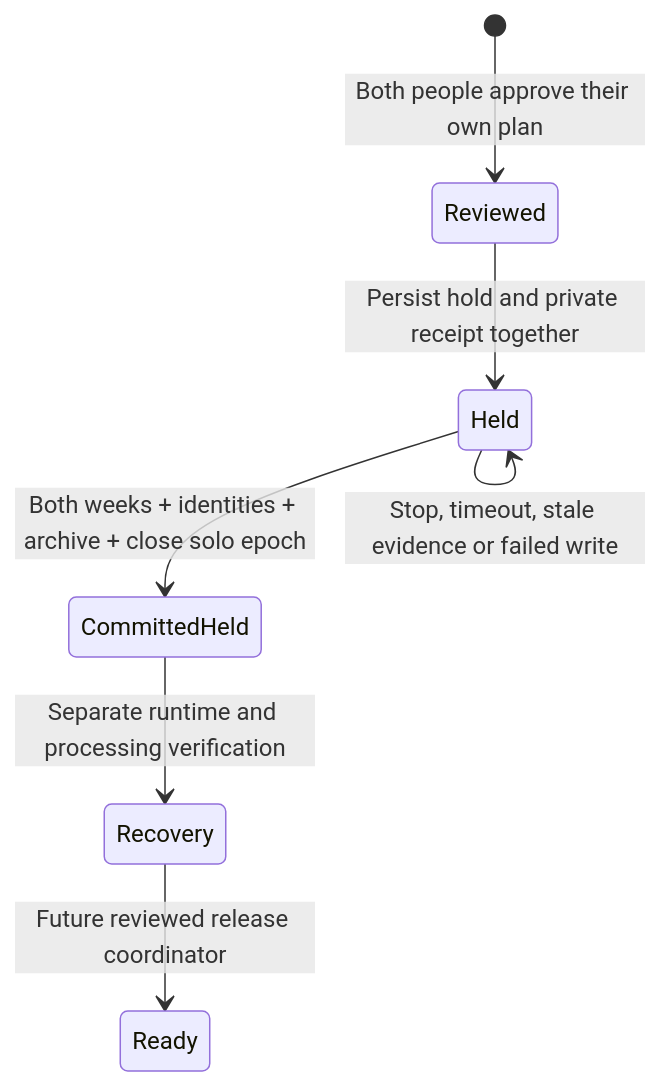
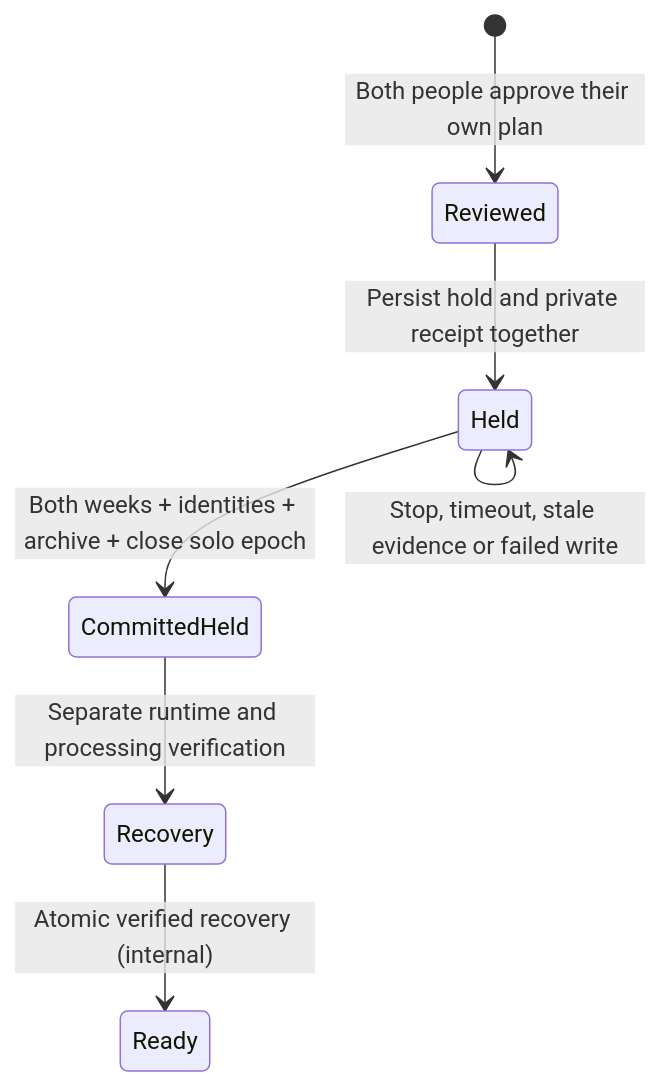
The diagram in docs/HOUSEHOLD_ARRANGEMENT_COMMIT.md (lucaandrea/sleepypod-core), drawn with Mermaid before and after one commit. The commit also changed other lines of this file and 12 other files, not shown here.

````diff
--- a/docs/HOUSEHOLD_ARRANGEMENT_COMMIT.md
+++ b/docs/HOUSEHOLD_ARRANGEMENT_COMMIT.md
@@ -11,9 +11,9 @@
 ```mermaid
 stateDiagram-v2
     [*] --> Reviewed: Both people approve their own plan
     Reviewed --> Held: Persist hold and private receipt together
     Held --> Held: Stop, timeout, stale evidence or failed write
     Held --> CommittedHeld: Both weeks + identities + archive + close solo epoch
     CommittedHeld --> Recovery: Separate runtime and processing verification
-    Recovery --> Ready: Future reviewed release coordinator
+    Recovery --> Ready: Atomic verified recovery (internal)
 ```
````
